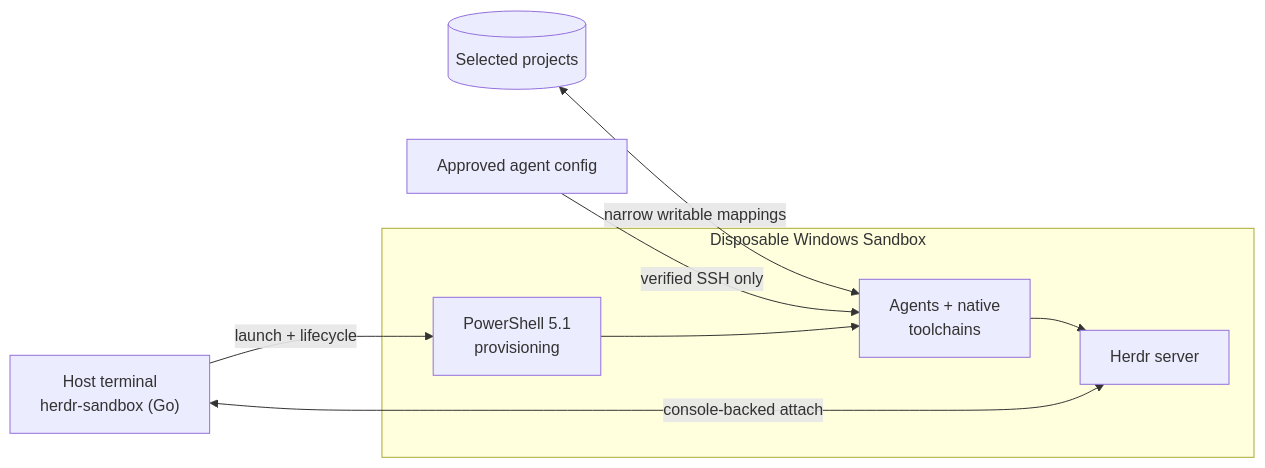
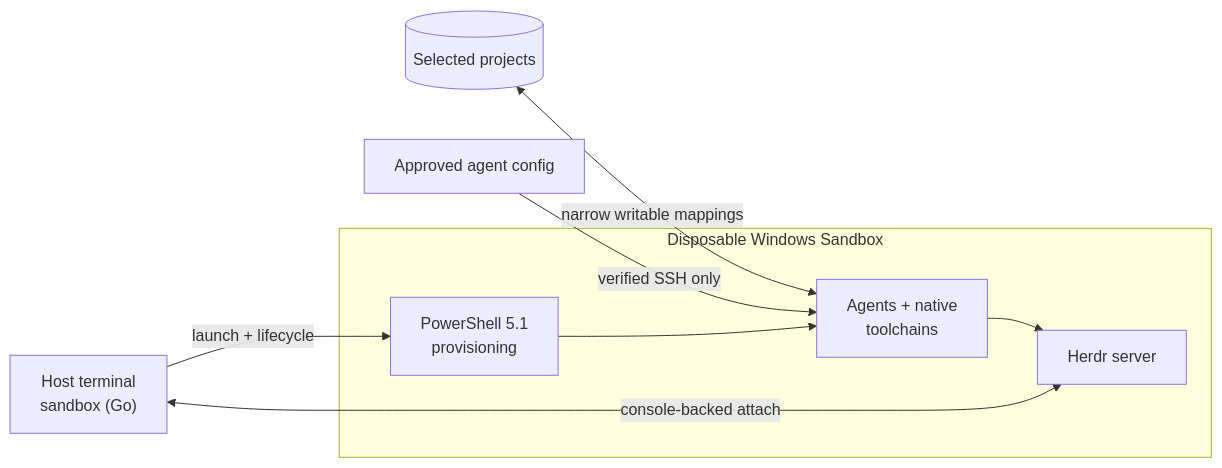
Before and after one commit to hdosys/herdr-sandbox: the diagram in README.md, drawn with Mermaid. The commit also changed other lines of this file and 20 other files, not shown here.

````diff
--- a/README.md
+++ b/README.md
@@ -16,18 +16,18 @@
 ```mermaid
 flowchart LR
-    Host["Host terminal<br/>herdr-sandbox (Go)"]
+    Host["Host terminal<br/>sandbox (Go)"]
     Projects[("Selected projects")]
     Config["Approved agent config"]
 
     subgraph Guest["Disposable Windows Sandbox"]
         Provision["PowerShell 5.1<br/>provisioning"]
         Agents["Agents + native<br/>toolchains"]
         Herdr["Herdr server"]
     end
 
     Host -->|launch + lifecycle| Provision
     Projects <-->|narrow writable mappings| Agents
     Config -->|verified SSH only| Agents
     Provision --> Agents --> Herdr
     Host <-->|console-backed attach| Herdr
 ```
````
